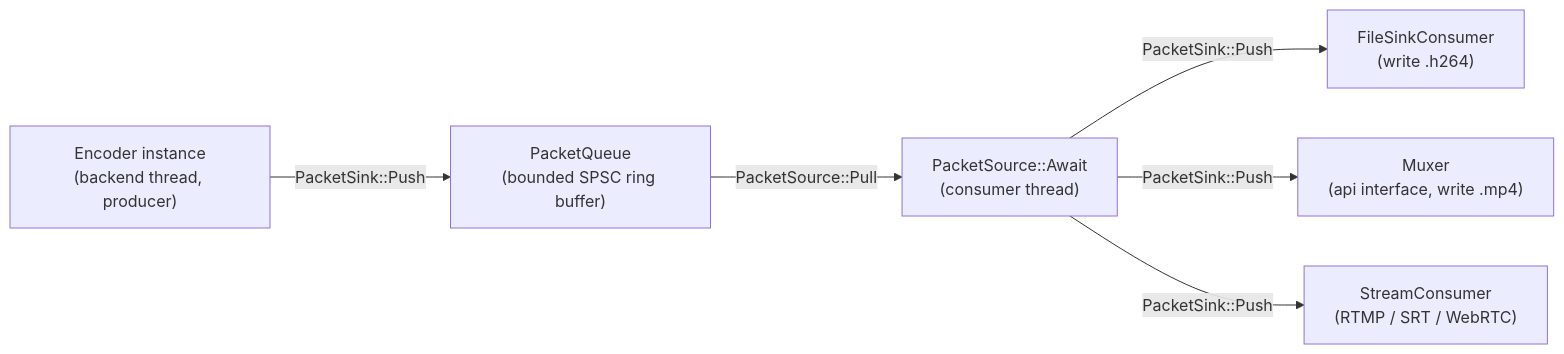
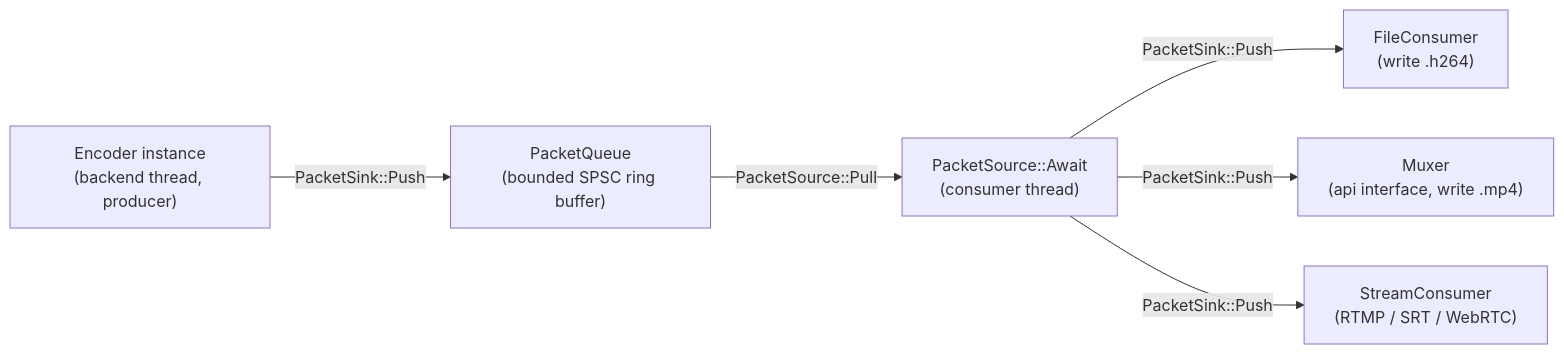
The first of 2 diagrams in codec/doc/architecture/output-queue.md (oxsource/video_codec), drawn with Mermaid before and after one commit. The commit also changed other lines of this file and 23 other files, not shown here.

First line of the commit message:
refactor(consumer): rename file_sink_consumer to file_consumer

````diff
--- a/codec/doc/architecture/output-queue.md
+++ b/codec/doc/architecture/output-queue.md
@@ -10,15 +10,15 @@
 ```mermaid
 flowchart LR
     ENC["Encoder instance<br/>(backend thread, producer)"]
     Q["PacketQueue<br/>(bounded SPSC ring buffer)"]
     AW["PacketSource::Await<br/>(consumer thread)"]
-    FC["FileSinkConsumer<br/>(write .h264)"]
+    FC["FileConsumer<br/>(write .h264)"]
     MX["Muxer<br/>(api interface, write .mp4)"]
     SC["StreamConsumer<br/>(RTMP / SRT / WebRTC)"]
 
     ENC -->|PacketSink::Push| Q
     Q -->|PacketSource::Pull| AW
     AW -->|PacketSink::Push| FC
     AW -->|PacketSink::Push| MX
     AW -->|PacketSink::Push| SC
 ```
````
